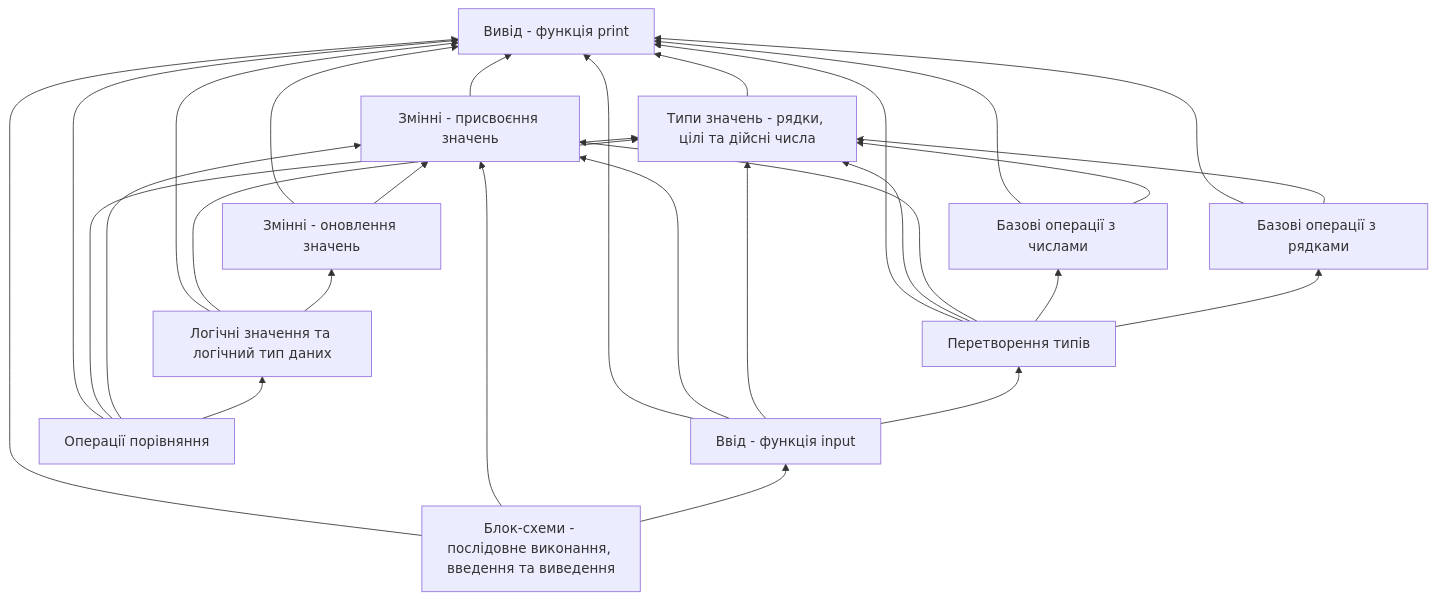
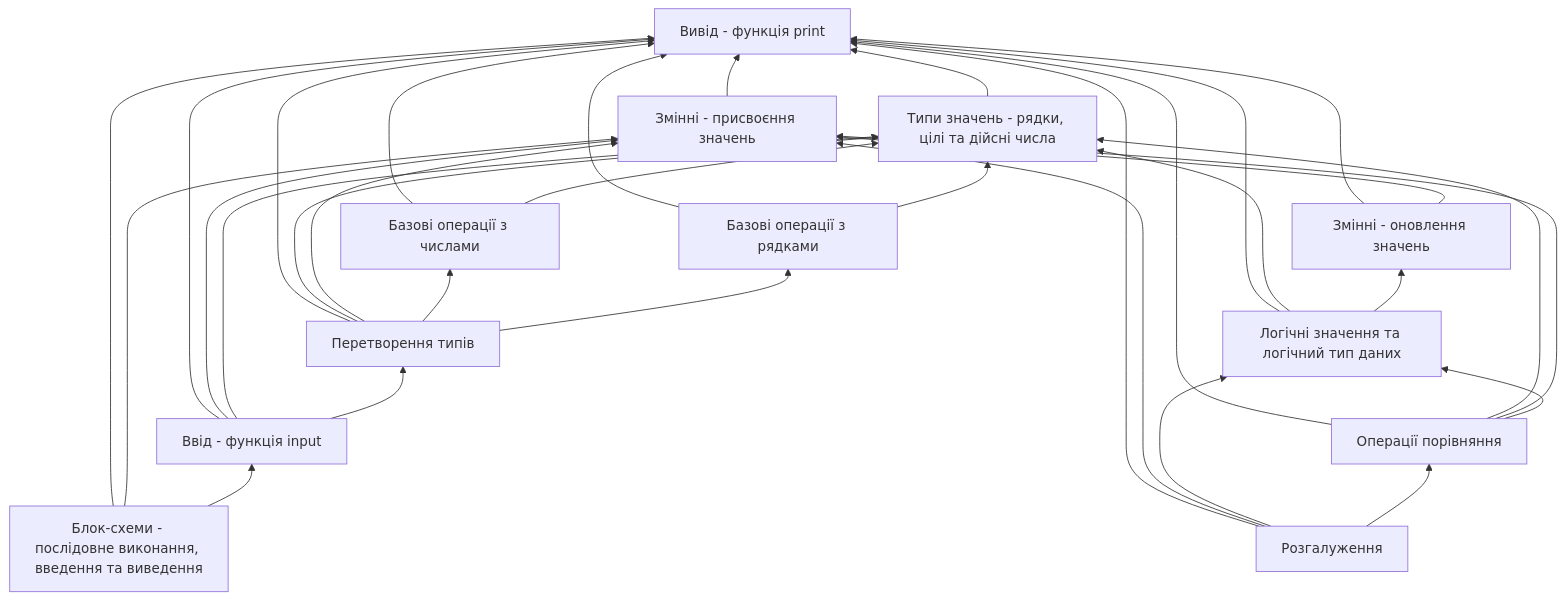
Before and after one commit to EugeneLoy/python-handbook: the diagram in Залежності.md, drawn with Mermaid.

Commit message:
updated dependencies

````diff
--- a/Залежності.md
+++ b/Залежності.md
@@ -5,42 +5,47 @@
 ```mermaid
 graph BT
     A["Вивід - функція print"] 
     B["Типи значень - рядки, цілі та дійсні числа"]
     C["Змінні - присвоєння значень"]
     D["Змінні - оновлення значень"]
     E["Базові операції з числами"]
     F["Базові операції з рядками"]
     G["Перетворення типів"]
     H["Ввід - функція input"]
     I["Блок-схеми - послідовне виконання, введення та виведення"]
     J["Логічні значення та логічний тип даних"]
     K["Операції порівняння"]
+    L["Розгалуження"]
     
     B --> A
     C --> A
     D --> A
     D --> C
     E --> A
     E --> B
     F --> A
     F --> B
     G --> A
     G --> B
     G --> C
     G --> E
     G --> F
     H --> A
     H --> C
     H --> B
     H --> G
     I --> A
     I --> C
     I --> H
     J --> A
     J --> B
     J --> D
     K --> A
     K --> B
     K --> C
     K --> J
+    L --> A
+    L --> C
+    L --> J
+    L --> K
 ```
````
